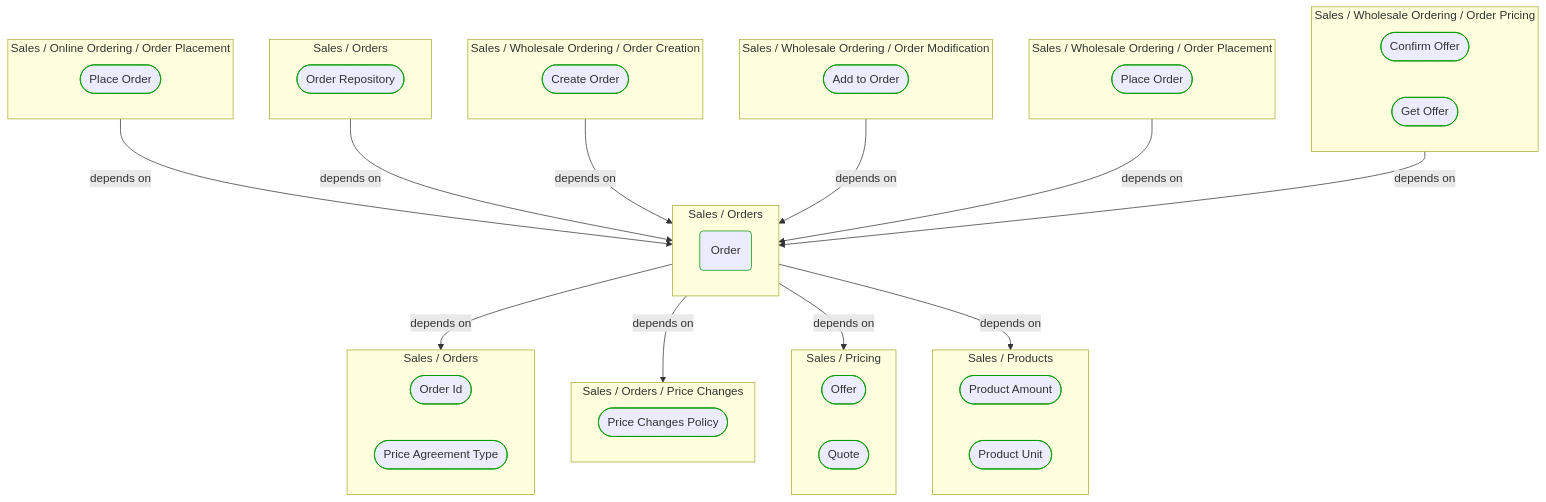
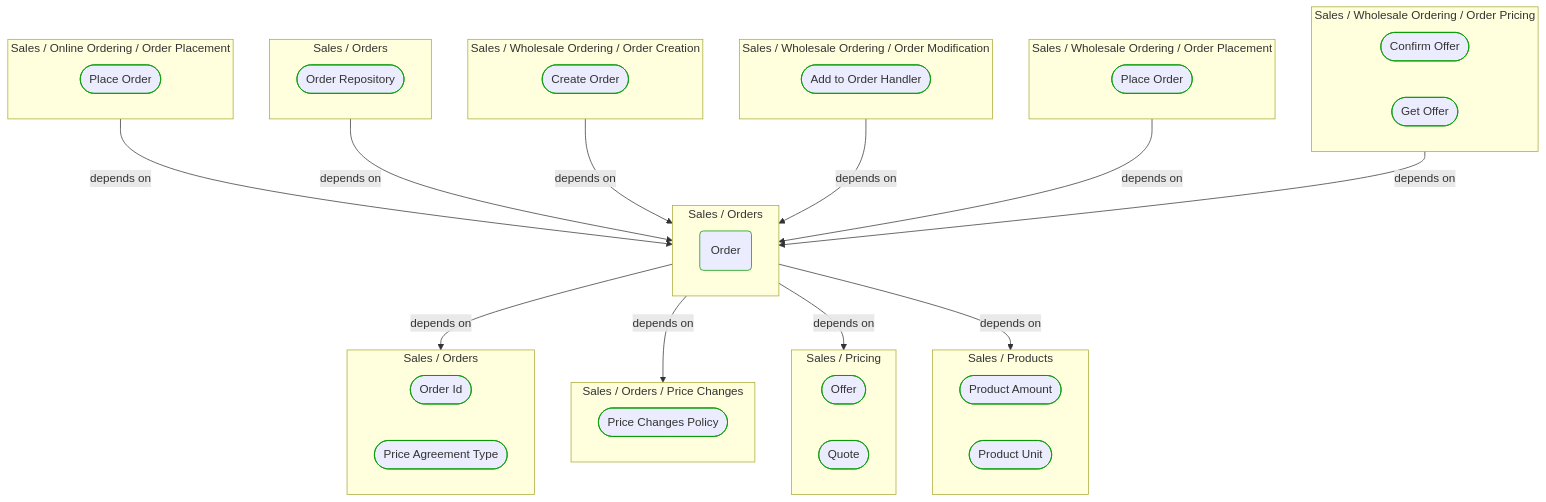
Before and after one commit to itlibrium/DDD-starter-dotnet: the first of 2 diagrams in Docs/P3/MermaidOutput/Domain/Concepts/Sales/Orders/Order.md, drawn with Mermaid. The commit also changed other lines of this file and 89 other files, not shown here.

````diff
--- a/Docs/P3/MermaidOutput/Domain/Concepts/Sales/Orders/Order.md
+++ b/Docs/P3/MermaidOutput/Domain/Concepts/Sales/Orders/Order.md
@@ -20,68 +20,68 @@
 ```mermaid
   flowchart TB
     subgraph 0["Sales / Online Ordering / Order Placement"]
       1([Place Order])
       class 1 DomainPerspective
     end
     subgraph 2["Sales / Orders"]
       3([Order Repository])
       class 3 DomainPerspective
     end
     subgraph 4["Sales / Wholesale Ordering / Order Creation"]
       5([Create Order])
       class 5 DomainPerspective
     end
     subgraph 6["Sales / Wholesale Ordering / Order Modification"]
-      7([Add to Order])
+      7([Add to Order Handler])
       class 7 DomainPerspective
     end
     subgraph 8["Sales / Wholesale Ordering / Order Placement"]
       9([Place Order])
       class 9 DomainPerspective
     end
     subgraph 10["Sales / Wholesale Ordering / Order Pricing"]
       11([Confirm Offer])
       class 11 DomainPerspective
       12([Get Offer])
       class 12 DomainPerspective
     end
     subgraph 13["Sales / Orders"]
       14(Order)
       class 14 DomainPerspective
     end
     subgraph 15["Sales / Orders"]
       16([Order Id])
       class 16 DomainPerspective
       17([Price Agreement Type])
       class 17 DomainPerspective
     end
     subgraph 18["Sales / Orders / Price Changes"]
       19([Price Changes Policy])
       class 19 DomainPerspective
     end
     subgraph 20["Sales / Pricing"]
       21([Offer])
       class 21 DomainPerspective
       22([Quote])
       class 22 DomainPerspective
     end
     subgraph 23["Sales / Products"]
       24([Product Amount])
       class 24 DomainPerspective
       25([Product Unit])
       class 25 DomainPerspective
     end
     0-->|depends on|13
     2-->|depends on|13
     4-->|depends on|13
     6-->|depends on|13
     8-->|depends on|13
     10-->|depends on|13
     13-->|depends on|15
     13-->|depends on|18
     13-->|depends on|20
     13-->|depends on|23
     classDef DomainPerspective stroke:#009900
     classDef TechnologyPerspective stroke:#1F41EB
     classDef PeoplePerspective stroke:#FFF014
 ```
````
